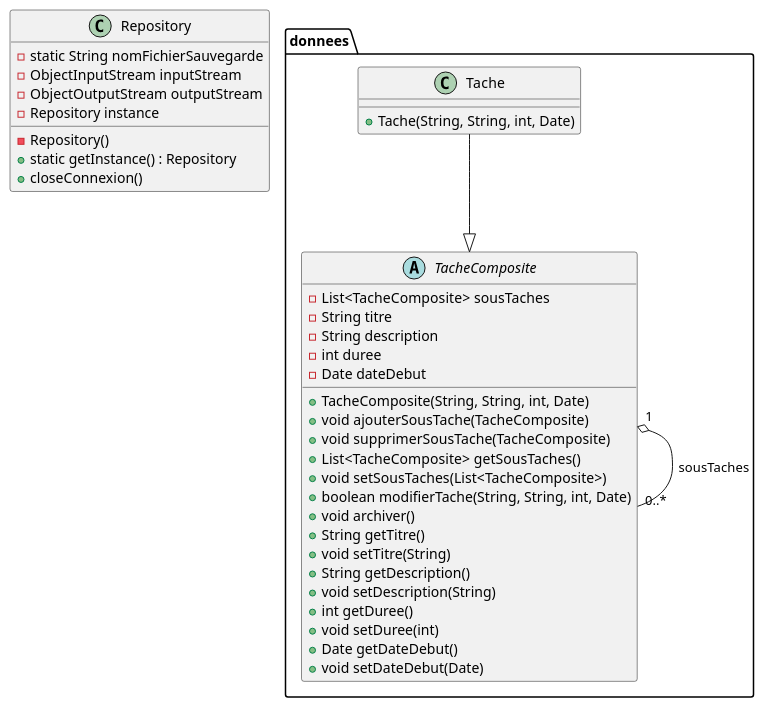
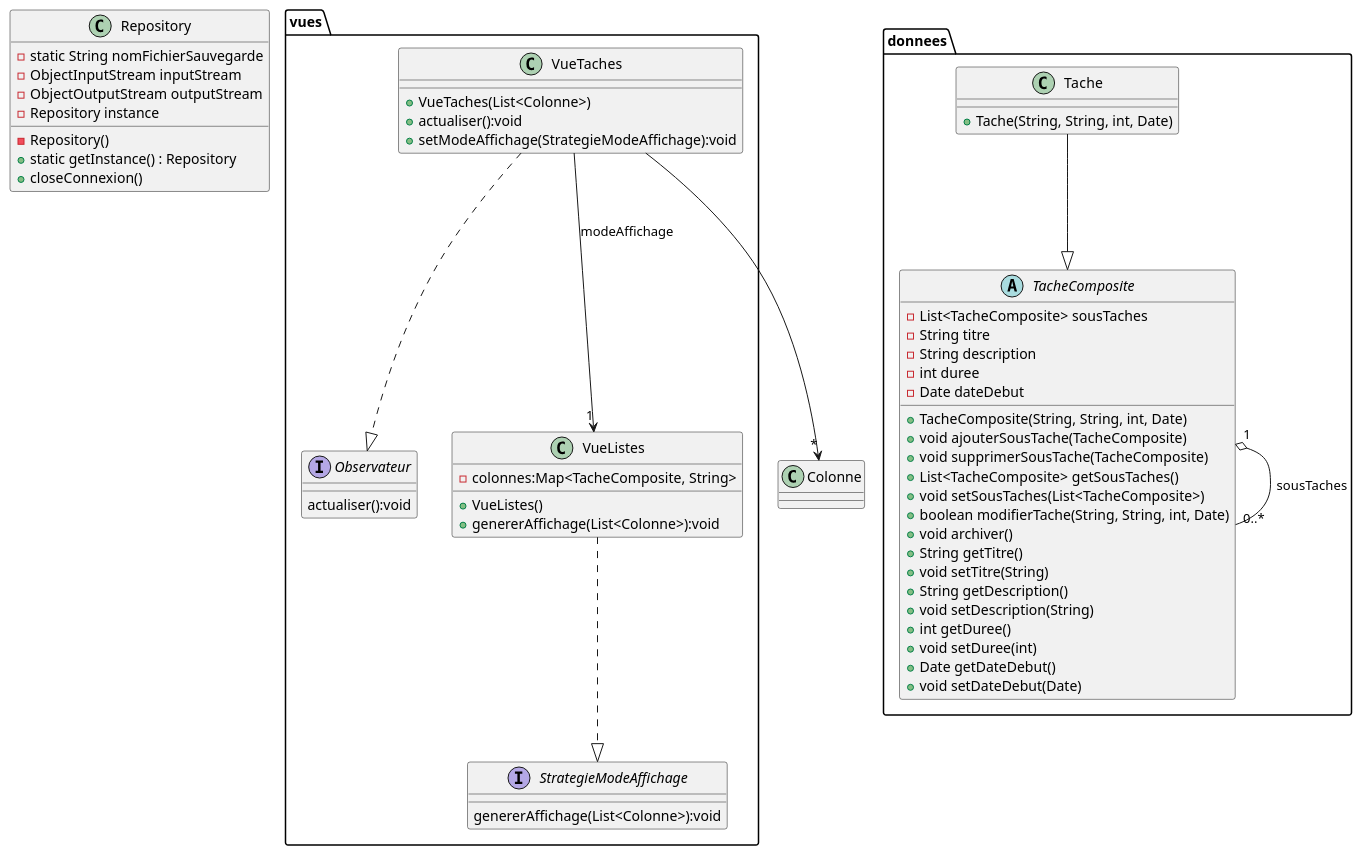
One commit to AlexanderCARNET/SAE_3_01_dev_application changed the diagram in Ollert_QDEV/diagrammes/Iteration 1/DiagrammClassTache.puml. Above: the diagram before and after it, drawn with PlantUML.

Commit message:
[ADDED] ajout partie VueListes

```diff
--- a/Ollert_QDEV/diagrammes/Iteration 1/DiagrammClassTache.puml
+++ b/Ollert_QDEV/diagrammes/Iteration 1/DiagrammClassTache.puml
@@ -1,49 +1,80 @@
 @startuml
 
 package donnees {
 
     abstract class TacheComposite {
         - List<TacheComposite> sousTaches
         - String titre
         - String description
         - int duree
         - Date dateDebut
 
         + TacheComposite(String, String, int, Date)
         + void ajouterSousTache(TacheComposite)
         + void supprimerSousTache(TacheComposite)
         + List<TacheComposite> getSousTaches()
         + void setSousTaches(List<TacheComposite>)
         + boolean modifierTache(String, String, int, Date)
         + void archiver()
         + String getTitre()
         + void setTitre(String)
         + String getDescription()
         + void setDescription(String)
         + int getDuree()
         + void setDuree(int)
         + Date getDateDebut()
         + void setDateDebut(Date)
     }
 
     class Tache {
         + Tache(String, String, int, Date)
     }
 
     Tache --|> TacheComposite
 
     TacheComposite "1" o-- "0..*" TacheComposite : sousTaches
 }
 
 class Repository{
     - static String nomFichierSauvegarde
     - ObjectInputStream inputStream
     - ObjectOutputStream outputStream
     - Repository instance
     - Repository()
     + static getInstance() : Repository
     + closeConnexion()
 }
 
+package vues{
+    interface StrategieModeAffichage{
+        genererAffichage(List<Colonne>):void
+    }
+
+    interface Observateur{
+        actualiser():void
+    }
+
+    class VueListes{
+        - colonnes:Map<TacheComposite, String>
+
+        + VueListes()
+        + genererAffichage(List<Colonne>):void
+    }
+
+    class VueTaches{
+        + VueTaches(List<Colonne>)
+        + actualiser():void
+        + setModeAffichage(StrategieModeAffichage):void
+    }
+}
+
+class Colonne{}
+
+VueListes ..|> StrategieModeAffichage
+VueTaches ..|> Observateur
+
+VueTaches --> "1" VueListes:modeAffichage
+VueTaches --> "*" Colonne
+
 
 @enduml
```
